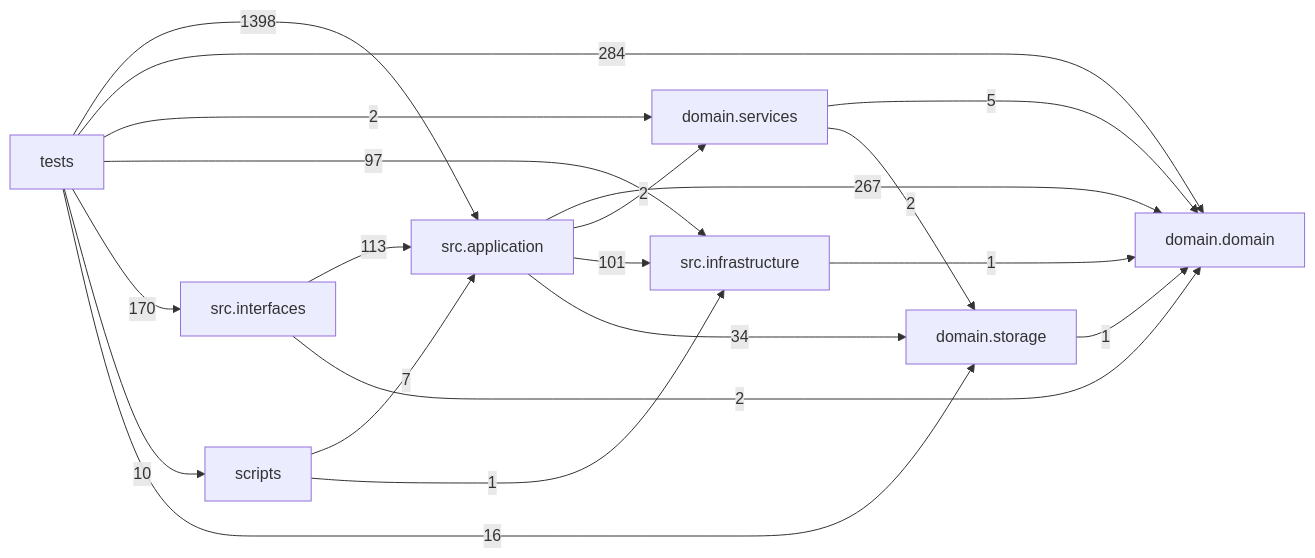
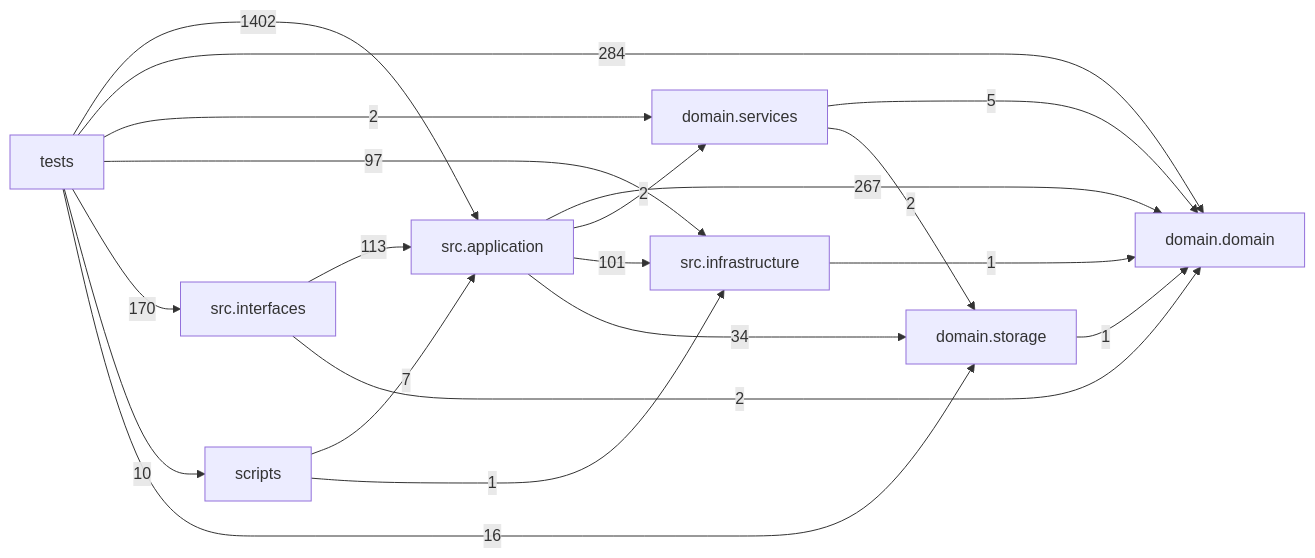
Before and after one commit to liuxie066/options-monitor: the diagram in docs/DEPENDENCY_GRAPH.md, drawn with Mermaid. The commit also changed other lines of this file and 11 other files, not shown here.

````diff
--- a/docs/DEPENDENCY_GRAPH.md
+++ b/docs/DEPENDENCY_GRAPH.md
@@ -24,30 +24,30 @@
 ```mermaid
 flowchart LR
   tests["tests"]
   scripts["scripts"]
   interfaces["src.interfaces"]
   application["src.application"]
   infrastructure["src.infrastructure"]
   domain_services["domain.services"]
   domain["domain.domain"]
   storage["domain.storage"]
   application -->|267| domain
   application -->|2| domain_services
   application -->|101| infrastructure
   application -->|34| storage
   domain_services -->|5| domain
   domain_services -->|2| storage
   infrastructure -->|1| domain
   interfaces -->|113| application
   interfaces -->|2| domain
   scripts -->|7| application
   scripts -->|1| infrastructure
   storage -->|1| domain
-  tests -->|1398| application
+  tests -->|1402| application
   tests -->|284| domain
   tests -->|2| domain_services
   tests -->|97| infrastructure
   tests -->|170| interfaces
   tests -->|10| scripts
   tests -->|16| storage
 ```
````
